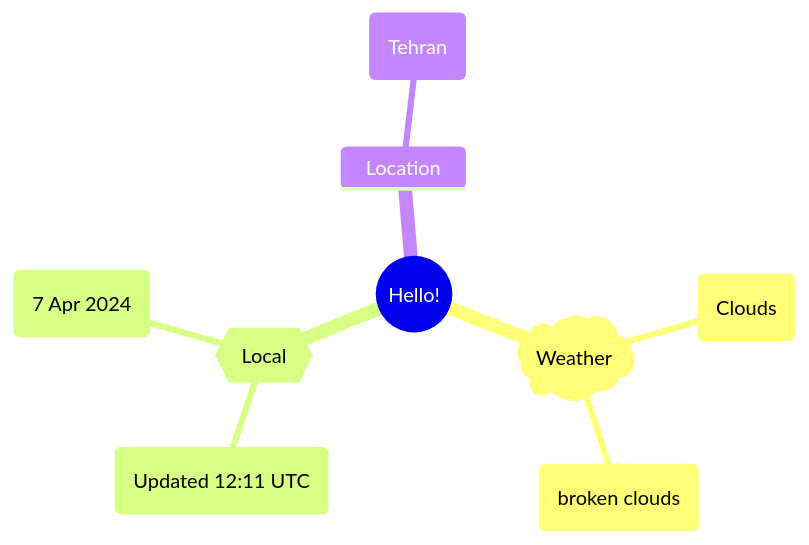
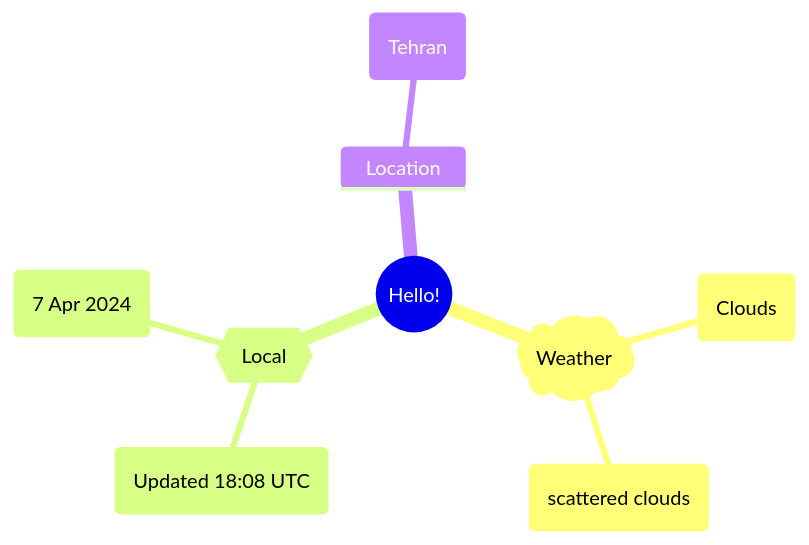
One commit to Xosrov/Xosrov changed the first of 2 diagrams in README.md. Above: the diagram before and after it, drawn with Mermaid.

Commit message:
[bot] updated images

````diff
--- a/README.md
+++ b/README.md
@@ -3,12 +3,12 @@
 ```mermaid
 mindmap
   root((Hello!))
     )Weather(
         (Clouds)
-        (broken clouds)
+        (scattered clouds)
     {{Local}}
-        (Updated 12:11 UTC)
+        (Updated 18:08 UTC)
         (7 Apr 2024)
     Location
         (Tehran)
 ```
````
